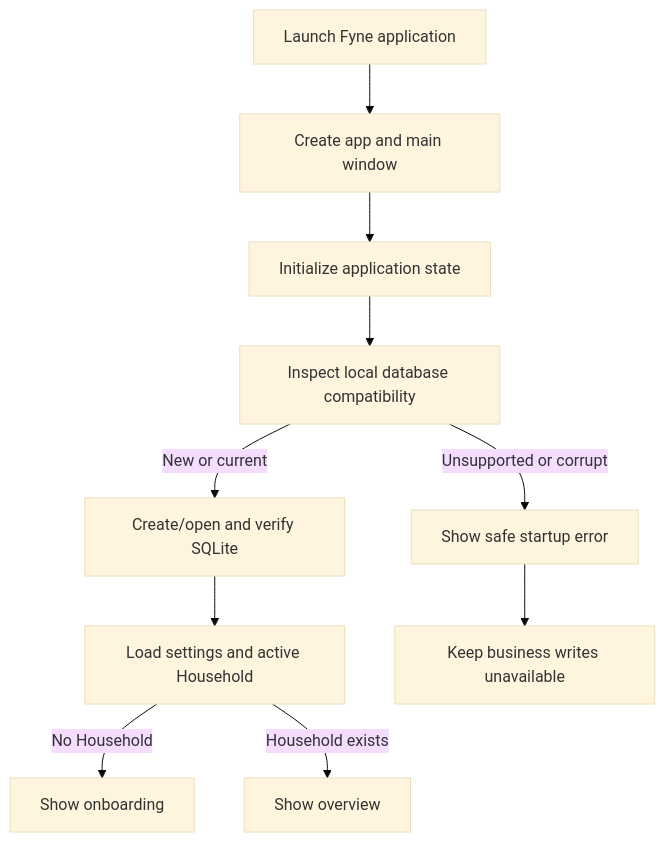
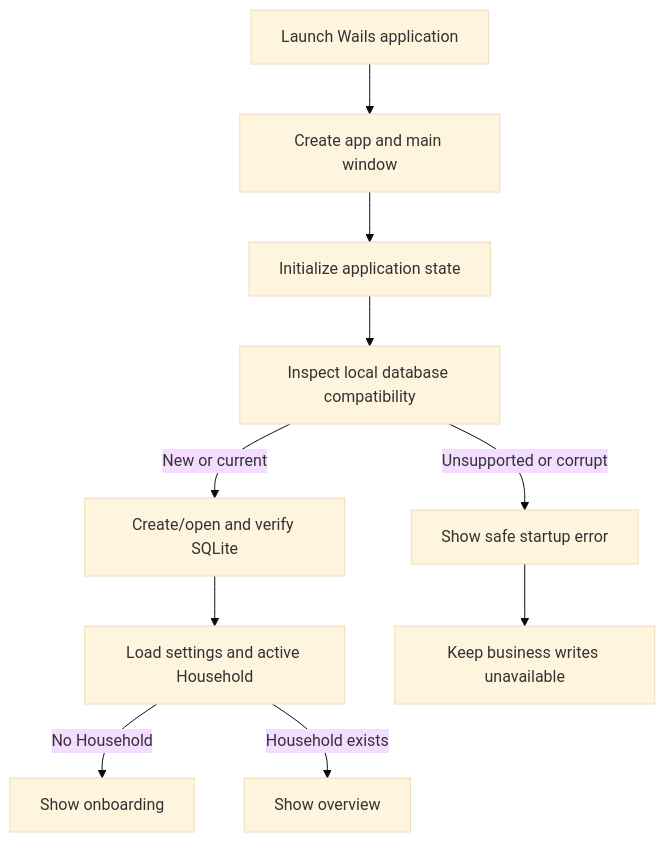
One commit to MnemosyneLab/NestworthGo changed the second of 2 diagrams in docs/architecture/system-overview.md. Above: the diagram before and after it, drawn with Mermaid (base theme). The commit also changed other lines of this file and 376 other files, not shown here.

````diff
--- a/docs/architecture/system-overview.md
+++ b/docs/architecture/system-overview.md
@@ -82,12 +83,12 @@
 ```mermaid
 flowchart TD
-    Launch["Launch Fyne application"] --> Create["Create app and main window"]
+    Launch["Launch Wails application"] --> Create["Create app and main window"]
     Create --> Init["Initialize application state"]
     Init --> Inspect["Inspect local database compatibility"]
     Inspect -->|"New or current"| Open["Create/open and verify SQLite"]
     Inspect -->|"Unsupported or corrupt"| Blocked["Show safe startup error"]
     Open --> Bootstrap["Load settings and active Household"]
     Bootstrap -->|"No Household"| Onboarding["Show onboarding"]
     Bootstrap -->|"Household exists"| Overview["Show overview"]
     Blocked --> Error["Keep business writes unavailable"]
 ```
````
